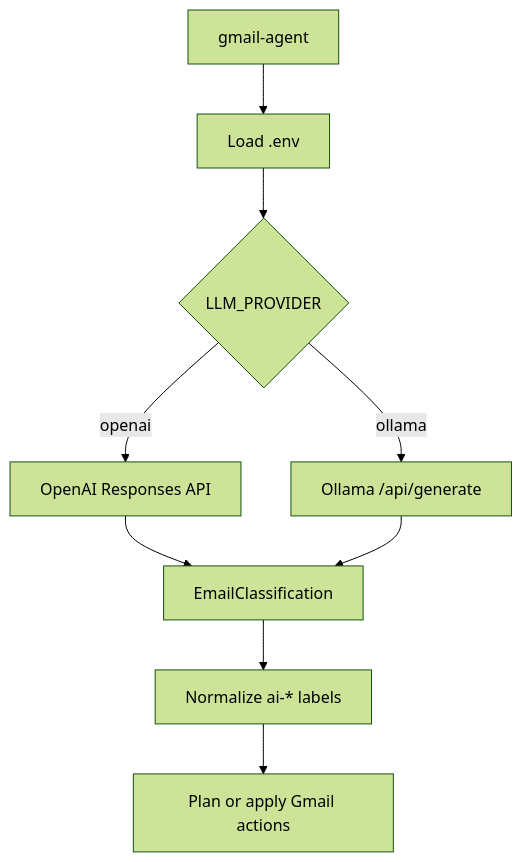
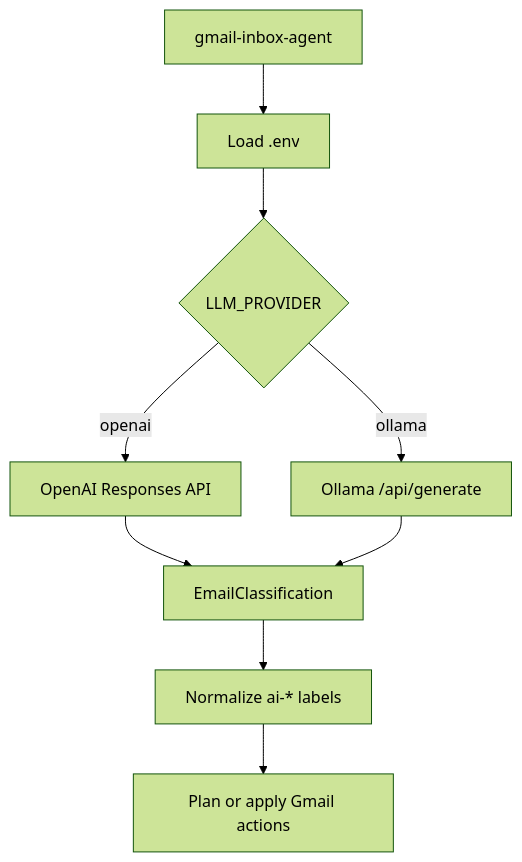
The diagram in gmail-inbox-agent/docs/LLM_Providers.md (brandocomando/my_agentic_team), drawn with Mermaid (forest theme) before and after one commit. The commit also changed other lines of this file and 17 other files, not shown here.

First line of the commit message:
fix(gmail-inbox-agent): Skip release tests on main, and standardize on naming convention (#2)

````diff
--- a/gmail-inbox-agent/docs/LLM_Providers.md
+++ b/gmail-inbox-agent/docs/LLM_Providers.md
@@ -66,11 +66,11 @@
 ```mermaid
 flowchart TD
-    A["gmail-agent"] --> B["Load .env"]
+    A["gmail-inbox-agent"] --> B["Load .env"]
     B --> C{"LLM_PROVIDER"}
     C -->|openai| D["OpenAI Responses API"]
     C -->|ollama| E["Ollama /api/generate"]
     D --> F["EmailClassification"]
     E --> F
     F --> G["Normalize ai-* labels"]
     G --> H["Plan or apply Gmail actions"]
 ```
````
